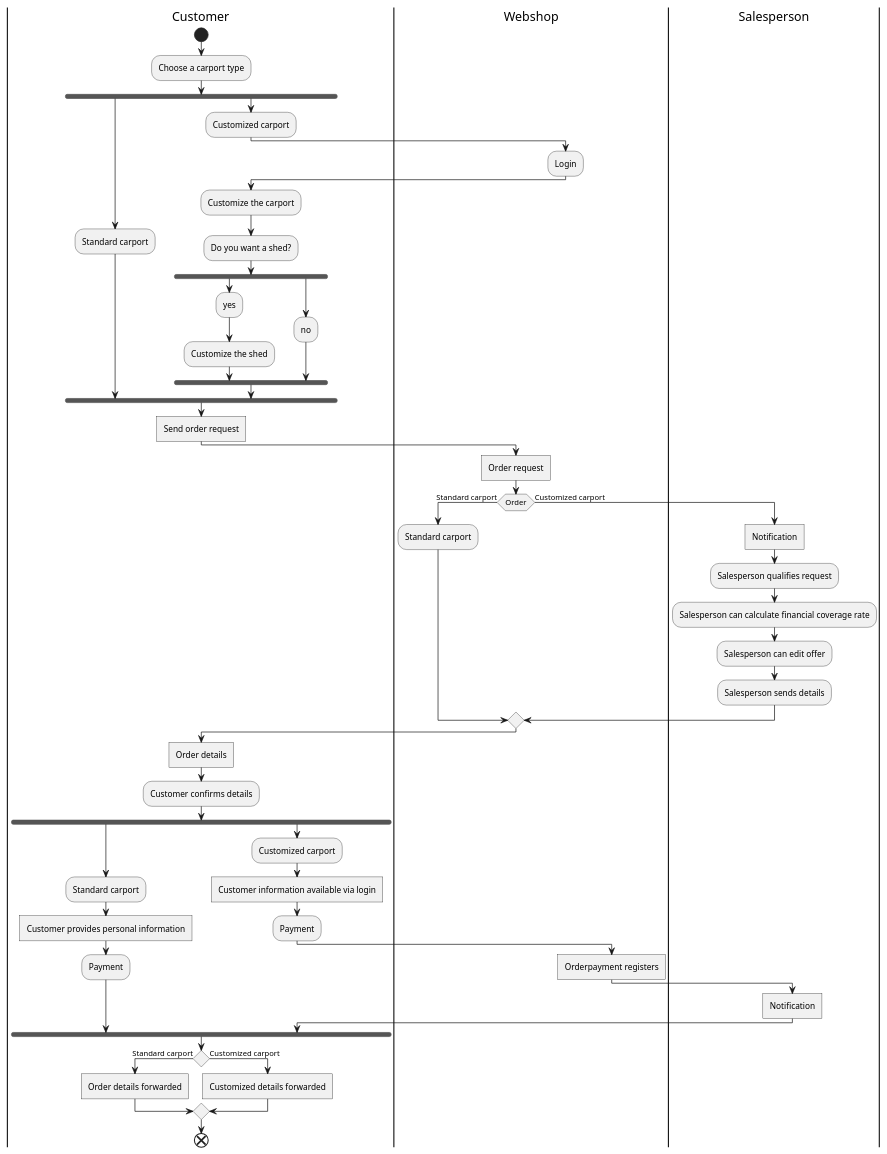
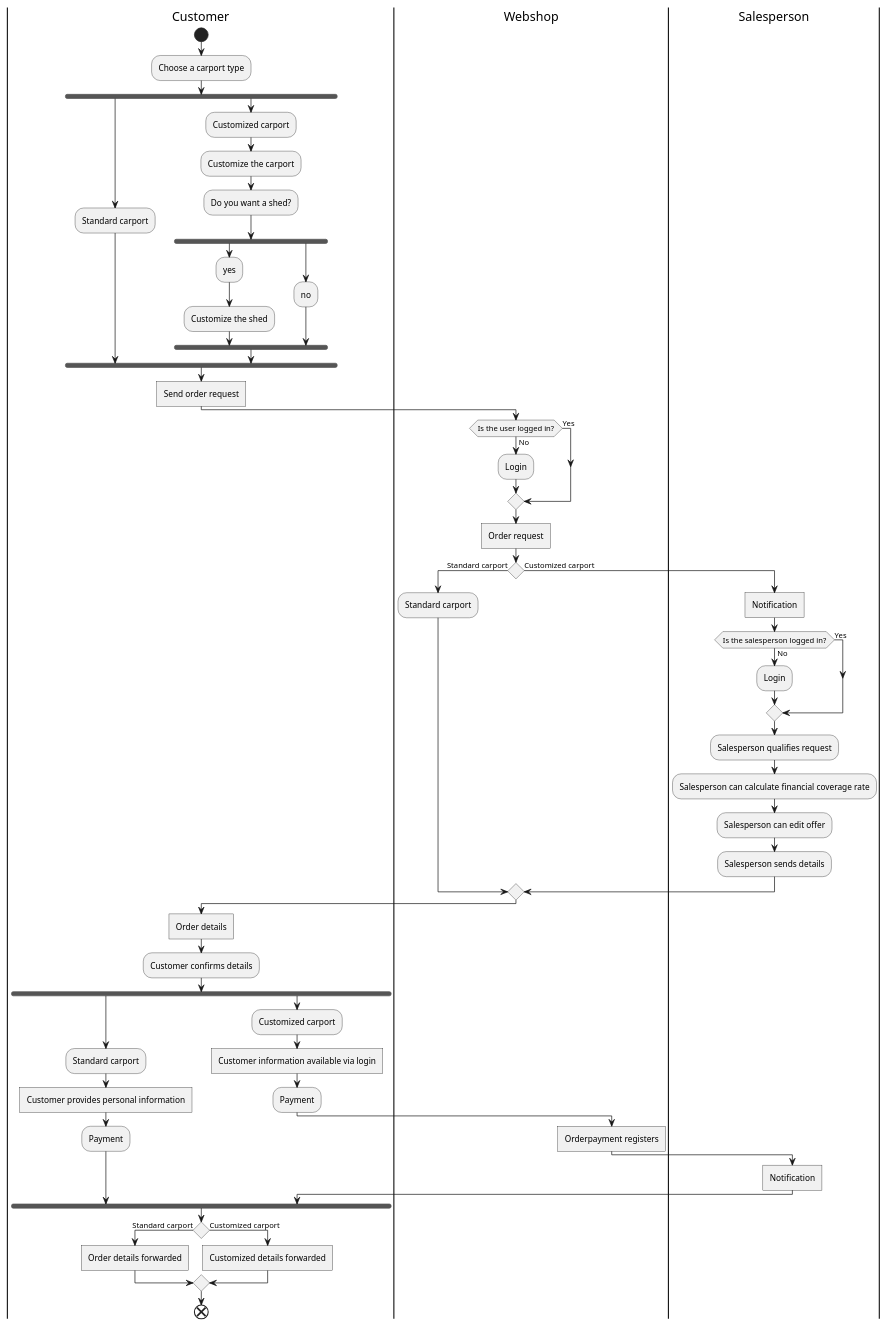
Before and after one commit to FruSchwencke/Fog_2024: the diagram in src/main/resources/Persistence/ToBe.puml, drawn with PlantUML. The commit also changed 2 other files, not shown here.

Commit message:
TO-BE diagram adjustments, customer and salesperson need to be logged in to get access to specific user-privileges

```diff
--- a/src/main/resources/Persistence/ToBe.puml
+++ b/src/main/resources/Persistence/ToBe.puml
@@ -1,62 +1,74 @@
 @startuml
 'https://plantuml.com/activity-diagram-beta
 
 |Customer|
 start
 :Choose a carport type;
 fork
 :Standard carport;
 fork again
 :Customized carport;
-|Webshop|
-:Login;
-|Customer|
+
+
 :Customize the carport;
 :Do you want a shed?;
 fork
 :yes;
 :Customize the shed;
 fork again
 :no;
 end fork
 end fork
+
+|Customer|
 :Send order request]
+
 |Webshop|
+if (Is the user logged in?) then (Yes)
+else (No)
+:Login;
+endif
 :Order request]
-if (Order) then (Standard carport)
+
+
+if () then (Standard carport)
 :Standard carport;
 else (Customized carport)
 |Salesperson|
 :Notification]
+if (Is the salesperson logged in?) then (Yes)
+else (No)
+:Login;
+endif
 :Salesperson qualifies request;
 :Salesperson can calculate financial coverage rate;
 :Salesperson can edit offer;
 :Salesperson sends details;
 endif
 |Customer|
 :Order details]
 :Customer confirms details;
 
 fork
 :Standard carport;
 :Customer provides personal information]
 :Payment;
 fork again
 :Customized carport;
 :Customer information available via login]
 :Payment;
 |Webshop|
 :Orderpayment registers]
 |Salesperson|
 :Notification]
 
 |Customer|
 end fork
 if () then (Standard carport)
 :Order details forwarded]
 else (Customized carport)
 :Customized details forwarded]
 endif
 end
 
 @enduml
```
